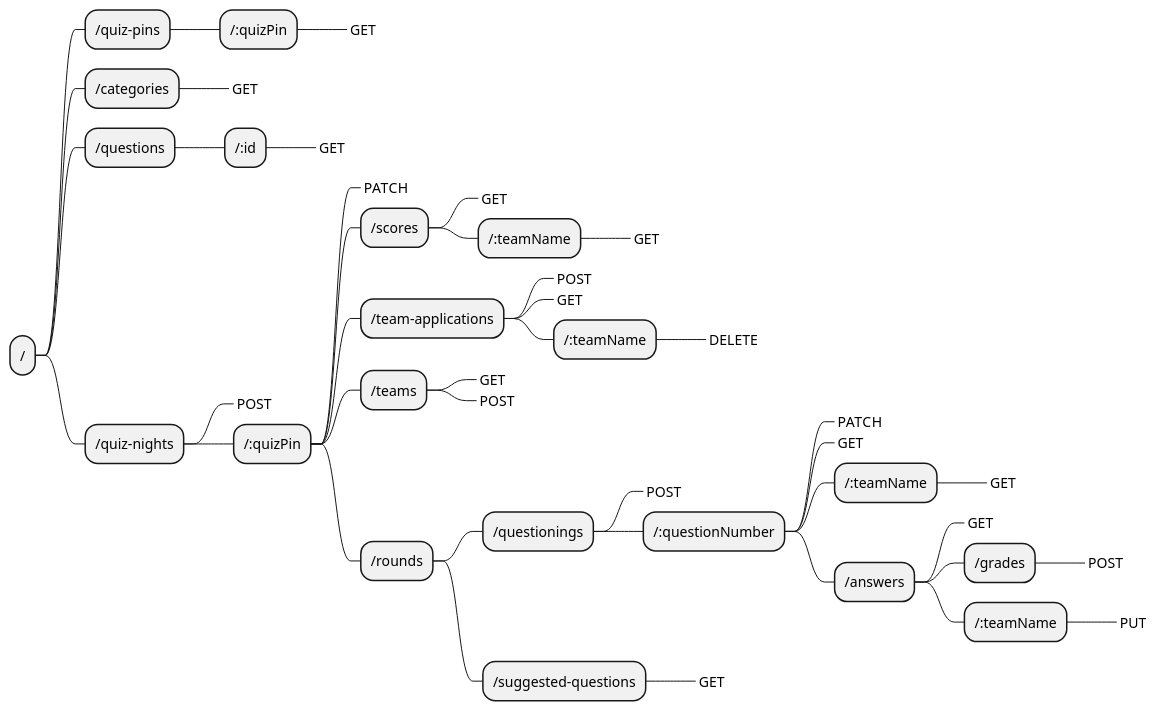
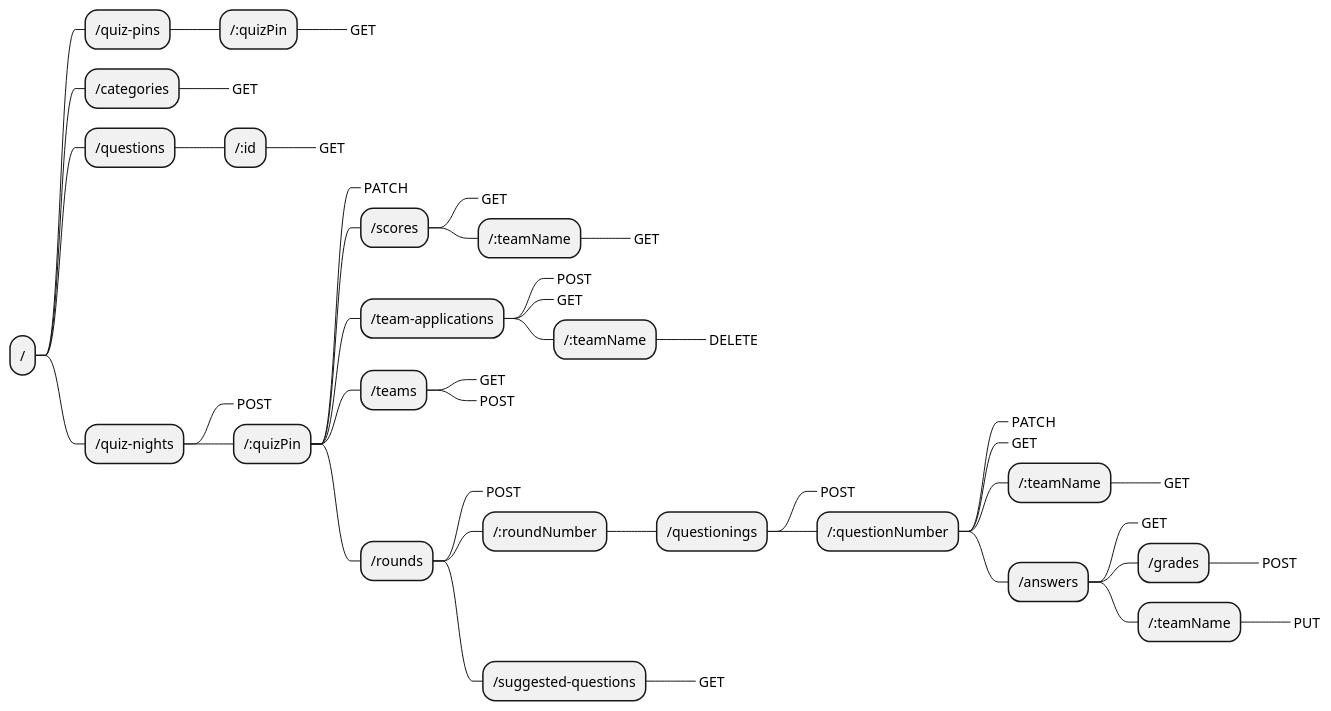
The diagram in docs/apiDocs.md (TomVermeer/dwaquiz), drawn with PlantUML before and after one commit. The commit also changed other lines of this file, not shown here.

````diff
--- a/docs/apiDocs.md
+++ b/docs/apiDocs.md
@@ -22,45 +22,47 @@
 ```puml
 @startmindmap
 * /
  * /quiz-pins
   * /:quizPin
    *_ GET
  * /categories
   *_ GET
  * /questions
   * /:id
    *_ GET
  * /quiz-nights
   *_ POST
   * /:quizPin
    *_ PATCH
    * /scores
     *_ GET
     * /:teamName
      *_ GET
    * /team-applications
     *_ POST
     *_ GET
     * /:teamName
      *_ DELETE
    * /teams
     *_ GET
     *_ POST
    * /rounds
-    * /questionings
-     *_ POST
-     * /:questionNumber
-      *_ PATCH
-      *_ GET
-      * /:teamName
+    *_ POST
+    * /:roundNumber
+     * /questionings
+      *_ POST
+      * /:questionNumber
+       *_ PATCH
        *_ GET
-      * /answers
-       *_ GET
-       * /grades
-        *_ POST
        * /:teamName
-        *_ PUT
+        *_ GET
+       * /answers
+        *_ GET
+        * /grades
+         *_ POST
+        * /:teamName
+         *_ PUT
     * /suggested-questions
      *_ GET
 @endmindmap
 ```
````
